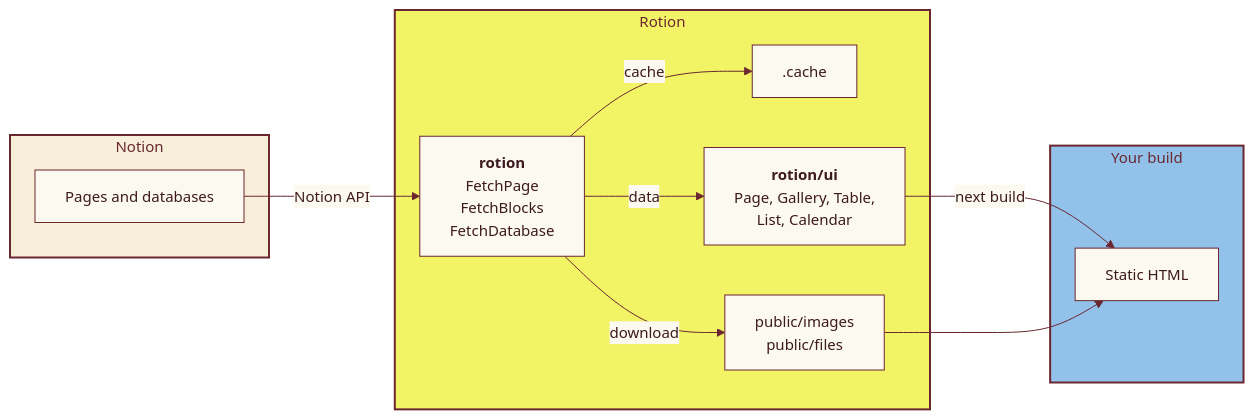
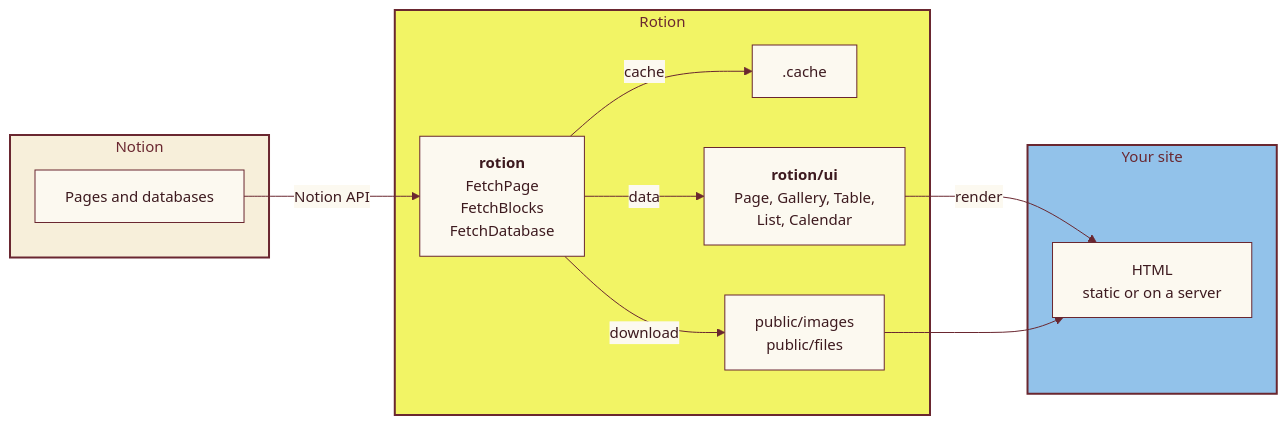
One commit to linyows/rotion changed the diagram in docs/content/en/index.mdx. Above: the diagram before and after it, drawn with Mermaid. The commit also changed other lines of this file and 14 other files, not shown here.

First line of the commit message:
Document server rendering alongside static export

````diff
--- a/docs/content/en/index.mdx
+++ b/docs/content/en/index.mdx
@@ -144,25 +144,25 @@
 ```mermaid
 %%{init: {'theme': 'base', 'themeVariables': {'fontFamily': 'var(--font-sans), var(--font-jp), sans-serif', 'fontSize': '15px', 'primaryColor': '#fcf9f0', 'primaryTextColor': '#3d1a1f', 'primaryBorderColor': '#6a2730', 'lineColor': '#6a2730', 'edgeLabelBackground': '#fcf9f0', 'titleColor': '#6a2730'}}}%%
 flowchart LR
   subgraph N ["Notion"]
     notion["Pages and databases"]
   end
   subgraph R ["Rotion"]
     fetch["<b>rotion</b><br/>FetchPage<br/>FetchBlocks<br/>FetchDatabase"]
     cache[".cache"]
     files["public/images<br/>public/files"]
     ui["<b>rotion/ui</b><br/>Page, Gallery, Table,<br/>List, Calendar"]
     fetch -->|cache| cache
     fetch -->|download| files
     fetch -->|data| ui
   end
-  subgraph B ["Your build"]
-    html["Static HTML"]
+  subgraph B ["Your site"]
+    html["HTML<br/>static or on a server"]
   end
   notion -->|Notion API| fetch
-  ui -->|next build| html
+  ui -->|render| html
   files --> html
   style N fill:#f7efda,stroke:#6a2730,stroke-width:2px,color:#6a2730
   style R fill:#f2f465,stroke:#6a2730,stroke-width:2px,color:#6a2730
   style B fill:#92c2ea,stroke:#6a2730,stroke-width:2px,color:#6a2730
 ```
````
